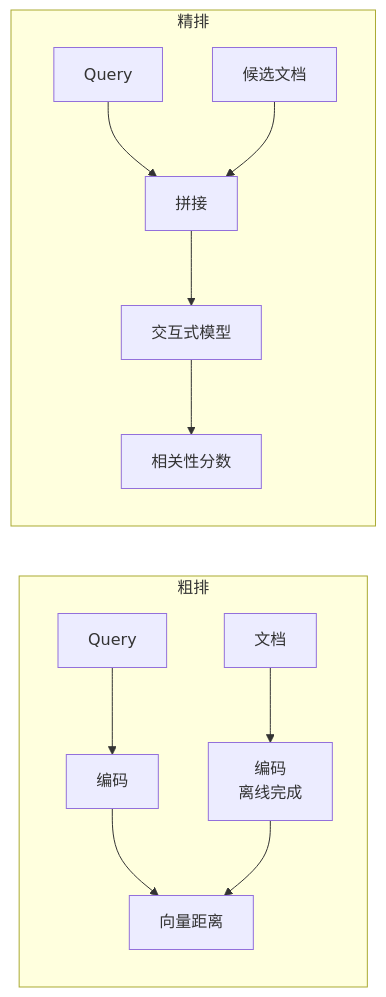
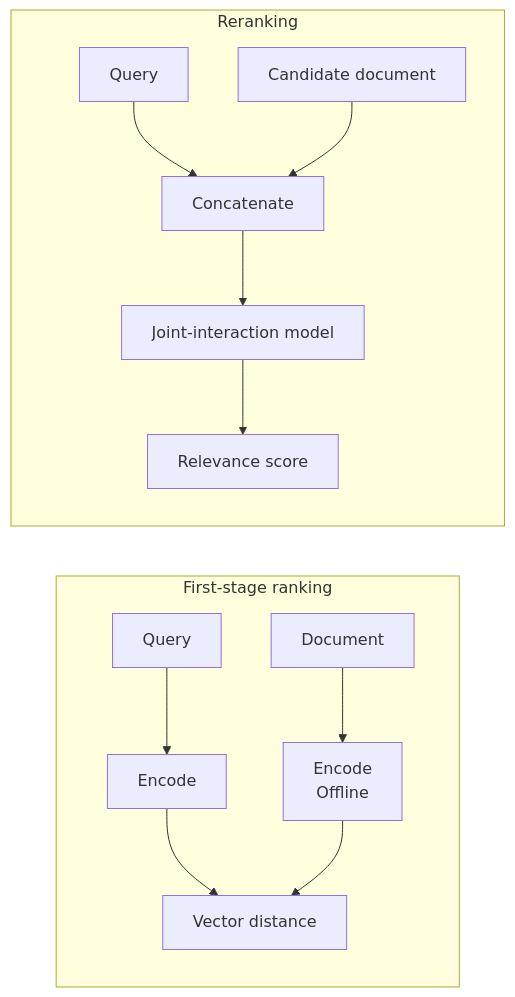
Before and after one commit to oneleaveknowsthefall/awesome-ai-roadmap: the first of 2 diagrams in docs/rag/03-retrieval/13-hybrid-retrieval-rerank.md, drawn with Mermaid. The commit also changed other lines of this file and 60 other files, not shown here.

````diff
--- a/docs/rag/03-retrieval/13-hybrid-retrieval-rerank.md
+++ b/docs/rag/03-retrieval/13-hybrid-retrieval-rerank.md
@@ -79,14 +79,14 @@
 ```mermaid
 flowchart LR
-    subgraph 粗排
-        Q1[Query] --> E1[编码]
-        D1[文档] --> E2[编码<br/>离线完成]
-        E1 --> S1[向量距离]
+    subgraph 粗排["First-stage ranking"]
+        Q1[Query] --> E1[Encode]
+        D1[Document] --> E2[Encode<br/>Offline]
+        E1 --> S1[Vector distance]
         E2 --> S1
     end
-    subgraph 精排
-        Q2[Query] --> CAT[拼接]
-        D2[候选文档] --> CAT
-        CAT --> M[交互式模型] --> S2[相关性分数]
+    subgraph 精排["Reranking"]
+        Q2[Query] --> CAT[Concatenate]
+        D2[Candidate document] --> CAT
+        CAT --> M[Joint-interaction model] --> S2[Relevance score]
     end
 ```
````
